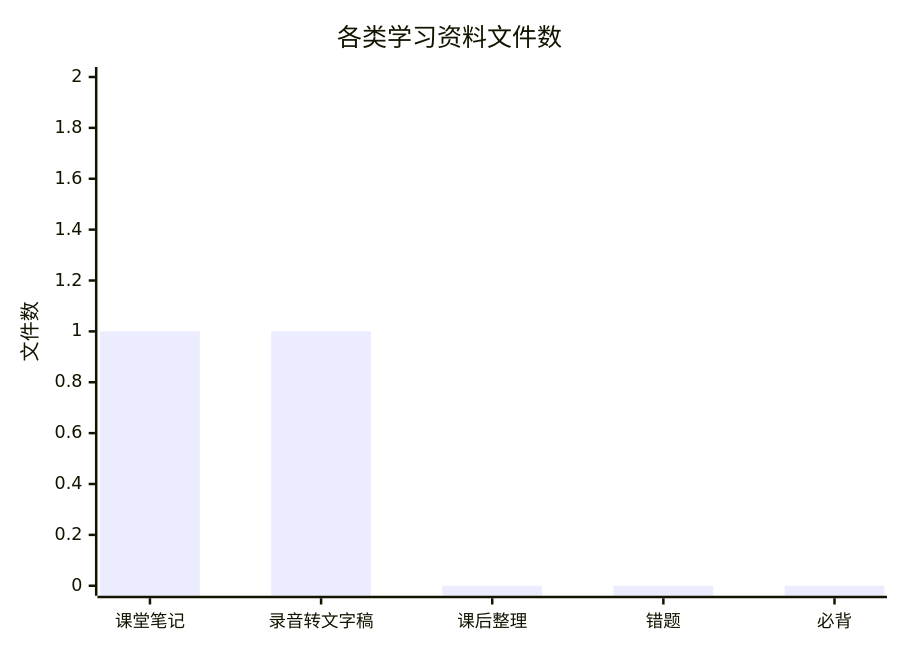
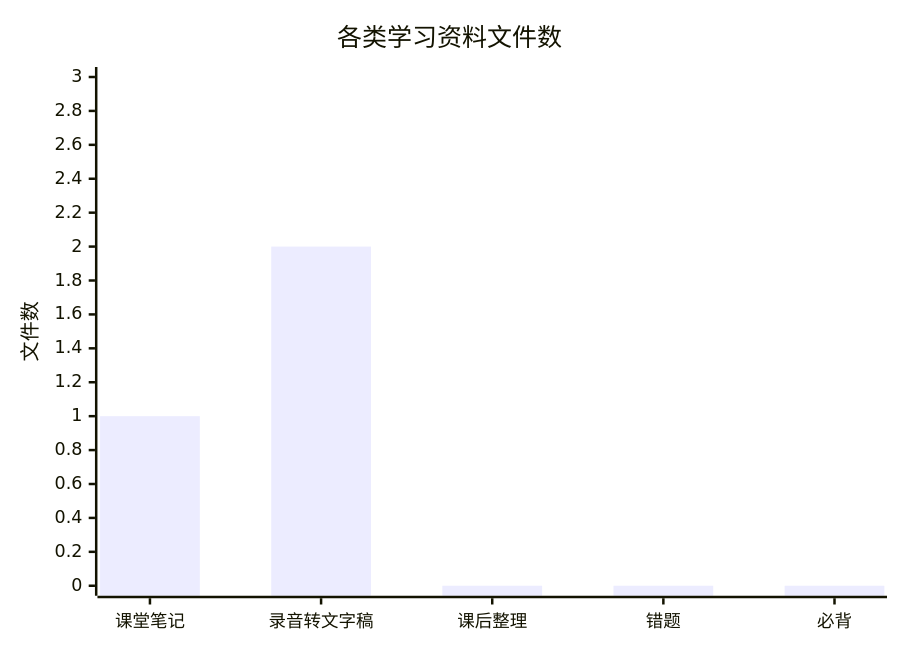
Before and after one commit to zhuchenyu2008/Learning-Library: the third of 3 diagrams in README.md, drawn with Mermaid. The commit also changed other lines of this file, not shown here.

````diff
--- a/README.md
+++ b/README.md
@@ -54,7 +55,7 @@
 ```mermaid
 xychart-beta
     title "各类学习资料文件数"
     x-axis ["课堂笔记", "录音转文字稿", "课后整理", "错题", "必背"]
-    y-axis "文件数" 0 --> 2
-    bar [1, 1, 0, 0, 0]
+    y-axis "文件数" 0 --> 3
+    bar [1, 2, 0, 0, 0]
 ```
````
